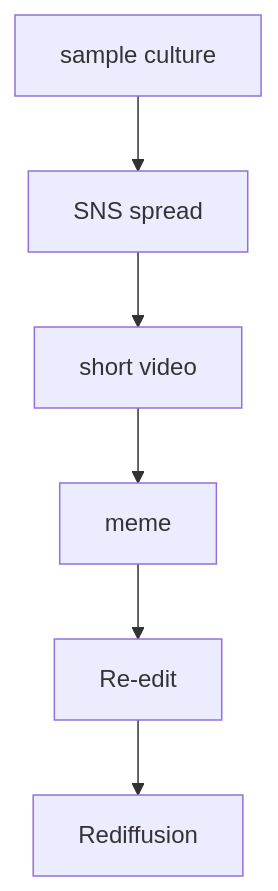
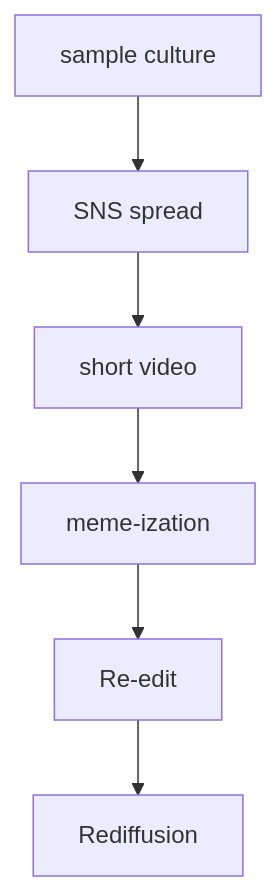
The seventh of 8 diagrams in en/_posts/2026-05-24-column-free-sample-music.md (monumental-movement/monumental-movement.github.io), drawn with Mermaid before and after one commit. The commit also changed other lines of this file and 1012 other files, not shown here.

```diff
--- a/en/_posts/2026-05-24-column-free-sample-music.md
+++ b/en/_posts/2026-05-24-column-free-sample-music.md
@@ -574,8 +574,8 @@
 <div class="mermaid">
 flowchart TD
 A[sample culture] --> B[SNS spread]
 B --> C[short video]
-C --> D[meme]
+C --> D[meme-ization]
 D --> E[Re-edit]
 E --> F[Rediffusion]
 </div>
```
